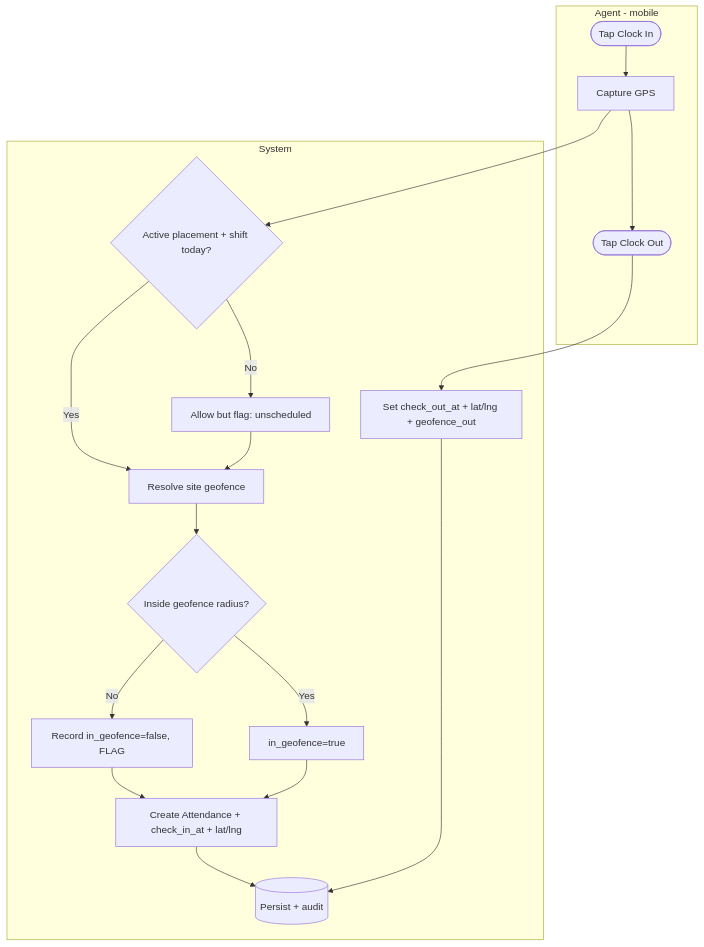
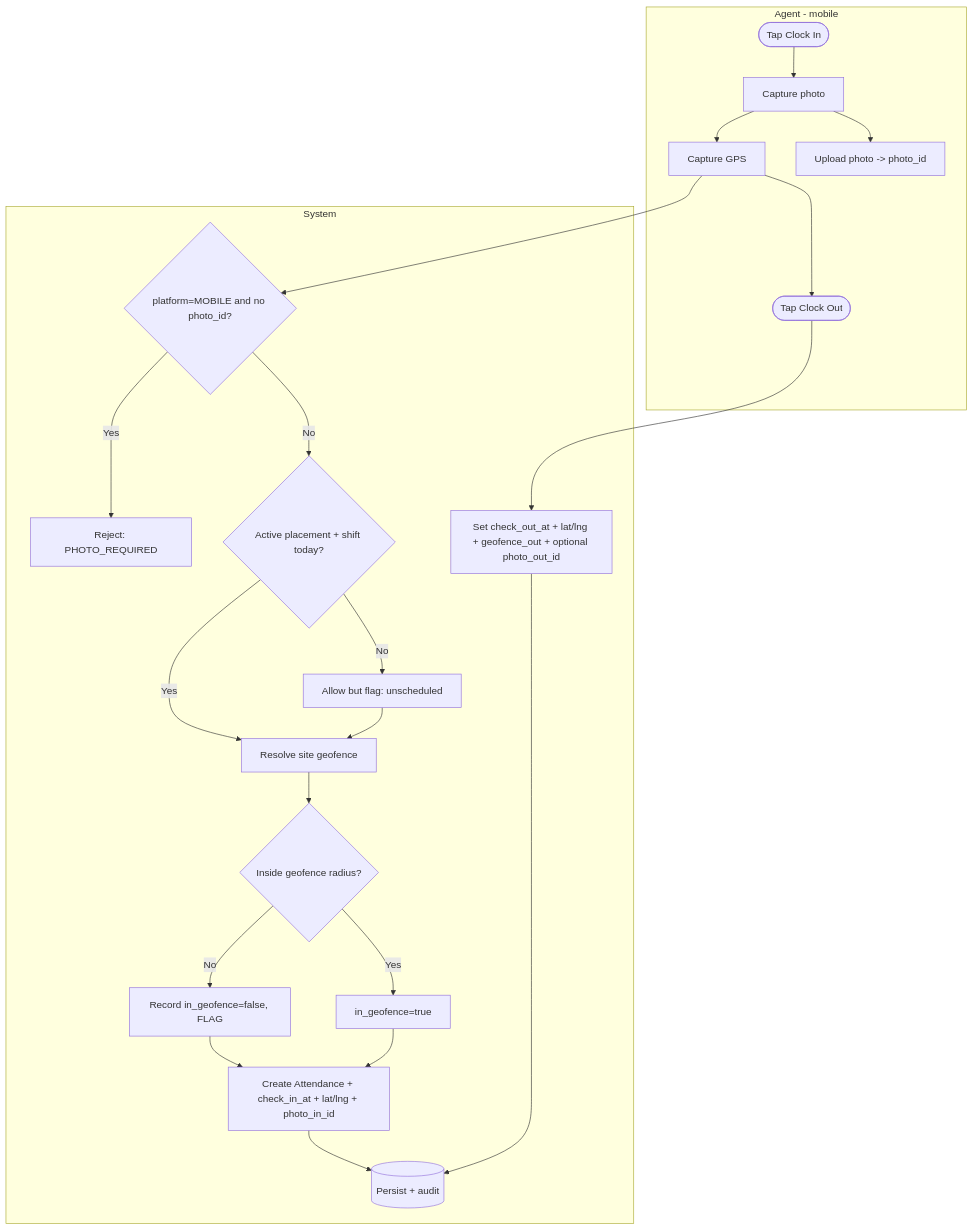
Before and after one commit to hariszaki17/hris-outsource: the second of 8 diagrams in docs/epics/E5-attendance/FEATURE.md, drawn with Mermaid. The commit also changed other lines of this file and 3 other files, not shown here.

First line of the commit message:
docs(e5): clock-in photo required on mobile, web exempt

````diff
--- a/docs/epics/E5-attendance/FEATURE.md
+++ b/docs/epics/E5-attendance/FEATURE.md
@@ -115,21 +117,25 @@
 ```mermaid
 flowchart TD
     subgraph AG[Agent - mobile]
-        A1([Tap Clock In]) --> A2[Capture GPS]
-        A2 --> A6([Tap Clock Out]) 
+        A1([Tap Clock In]) --> A0[Capture photo]
+        A0 --> A2[Capture GPS]
+        A0 --> AU[Upload photo -> photo_id]
+        A2 --> A6([Tap Clock Out])
     end
     subgraph SYS[System]
-        A2 --> S1{Active placement + shift today?}
+        A2 --> S0{platform=MOBILE and no photo_id?}
+        S0 -- Yes --> SX[Reject: PHOTO_REQUIRED]
+        S0 -- No --> S1{Active placement + shift today?}
         S1 -- No --> S2[Allow but flag: unscheduled]
         S1 -- Yes --> S3[Resolve site geofence]
         S2 --> S3
         S3 --> S4{Inside geofence radius?}
         S4 -- No --> S5[Record in_geofence=false, FLAG]
         S4 -- Yes --> S6[in_geofence=true]
-        S5 --> S7[Create Attendance + check_in_at + lat/lng]
+        S5 --> S7[Create Attendance + check_in_at + lat/lng + photo_in_id]
         S6 --> S7
         S7 --> S8[(Persist + audit)]
-        A6 --> S9[Set check_out_at + lat/lng + geofence_out]
+        A6 --> S9[Set check_out_at + lat/lng + geofence_out + optional photo_out_id]
         S9 --> S8
     end
 ```
````
